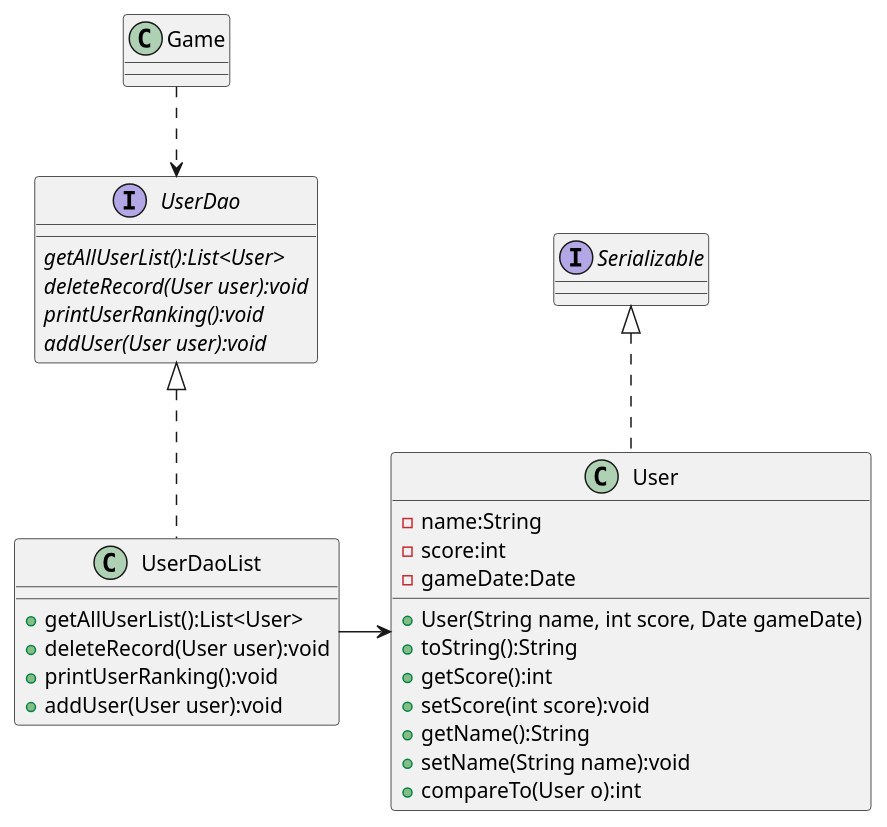
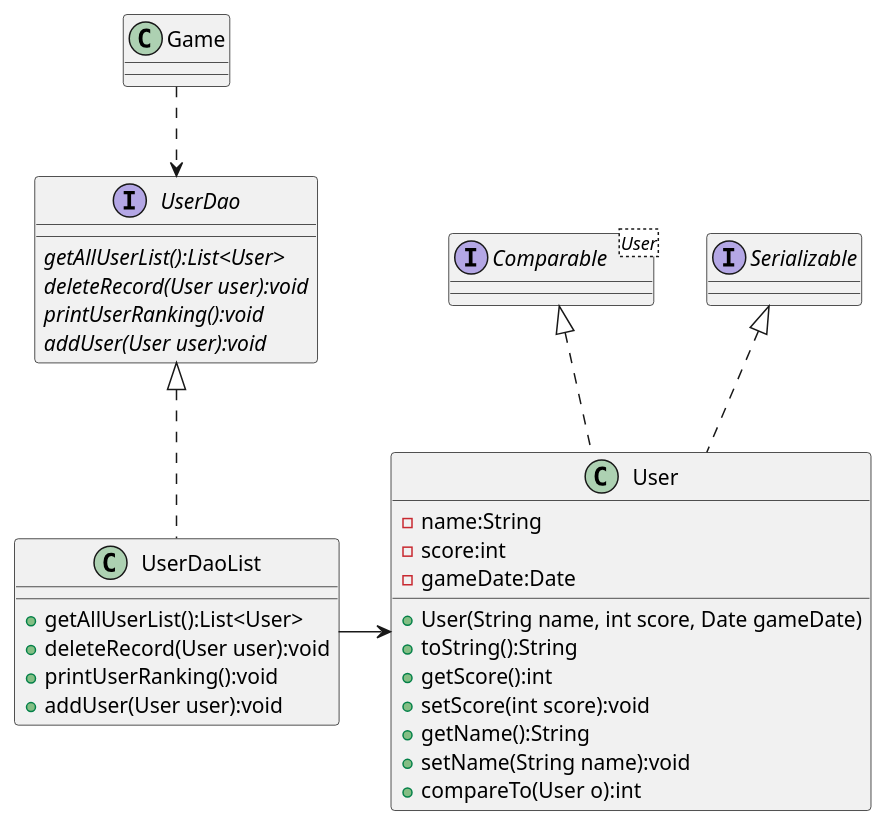
One commit to DANNY-DOTS-CONNECTER/Java-course changed the diagram in uml/数据访问模式.puml. Above: the diagram before and after it, drawn with PlantUML.

Commit message:
修改数据对象访问模式类图

```diff
--- a/uml/数据访问模式.puml
+++ b/uml/数据访问模式.puml
@@ -1,37 +1,41 @@
 @startuml
 'https://plantuml.com/class-diagram
 
 Interface UserDao{
     {abstract} getAllUserList():List<User>
     {abstract} deleteRecord(User user):void
     {abstract} printUserRanking():void
     {abstract} addUser(User user):void
 }
 
+Interface Comparable<User>{
+}
+
 Class UserDaoList implements UserDao{
     + getAllUserList():List<User>
     + deleteRecord(User user):void
     + printUserRanking():void
     + addUser(User user):void
 }
 
-class User implements Serializable{
+class User implements Serializable, Comparable {
     - name:String
     - score:int
     - gameDate:Date
     + User(String name, int score, Date gameDate)
     + toString():String
     + getScore():int
     + setScore(int score):void
     + getName():String
     + setName(String name):void
     + compareTo(User o):int
 }
 
 class Game{
 }
 
 Game ..>UserDao
 UserDaoList -right-> User
 
+
 @enduml
```
